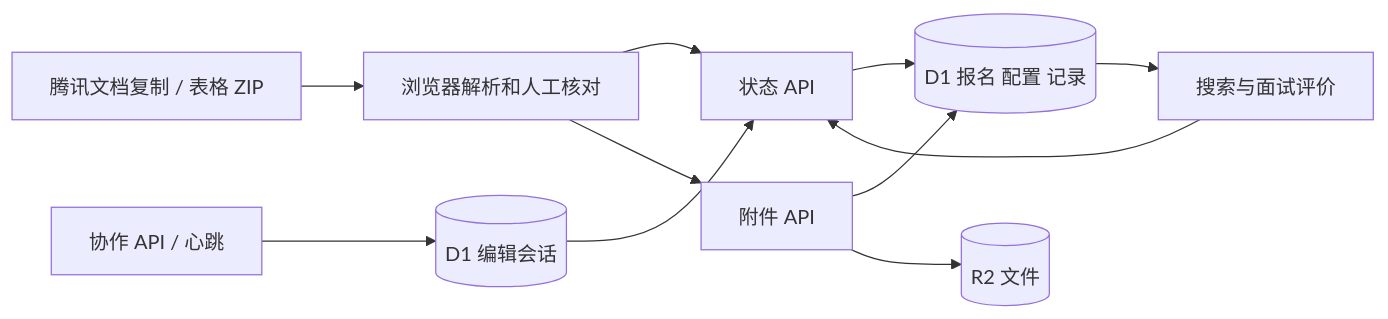
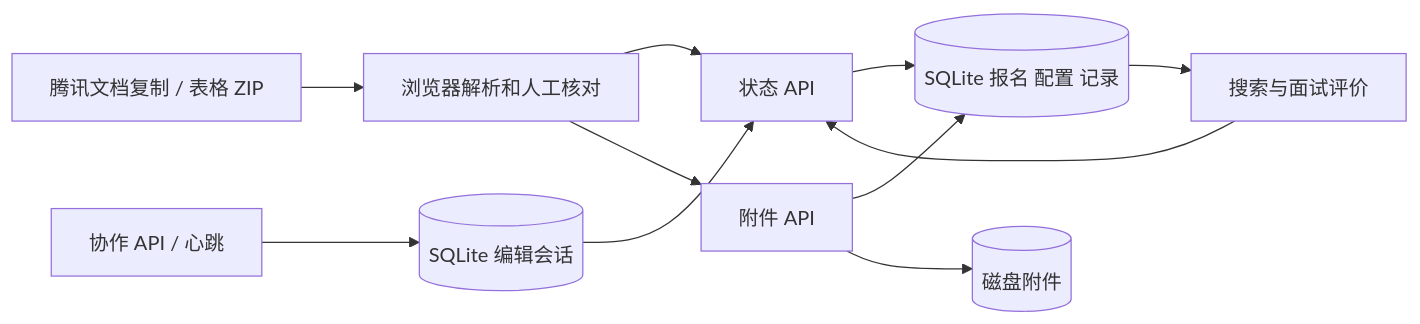
One commit to Cherrygyh/campus-talent changed the diagram in docs/architecture.md. Above: the diagram before and after it, drawn with Mermaid. The commit also changed other lines of this file and 66 other files, not shown here.

````diff
--- a/docs/architecture.md
+++ b/docs/architecture.md
@@ -16,13 +18,13 @@
 ```mermaid
 flowchart LR
   A[腾讯文档复制 / 表格 ZIP] --> B[浏览器解析和人工核对]
   B --> C[状态 API]
   D[搜索与面试评价] --> C
-  E[协作 API / 心跳] --> F[(D1 编辑会话)]
+  E[协作 API / 心跳] --> F[(SQLite 编辑会话)]
   F --> C
-  C --> G[(D1 报名 配置 记录)]
+  C --> G[(SQLite 报名 配置 记录)]
   B --> H[附件 API]
   H --> G
-  H --> I[(R2 文件)]
+  H --> I[(磁盘附件)]
   G --> D
 ```
````
